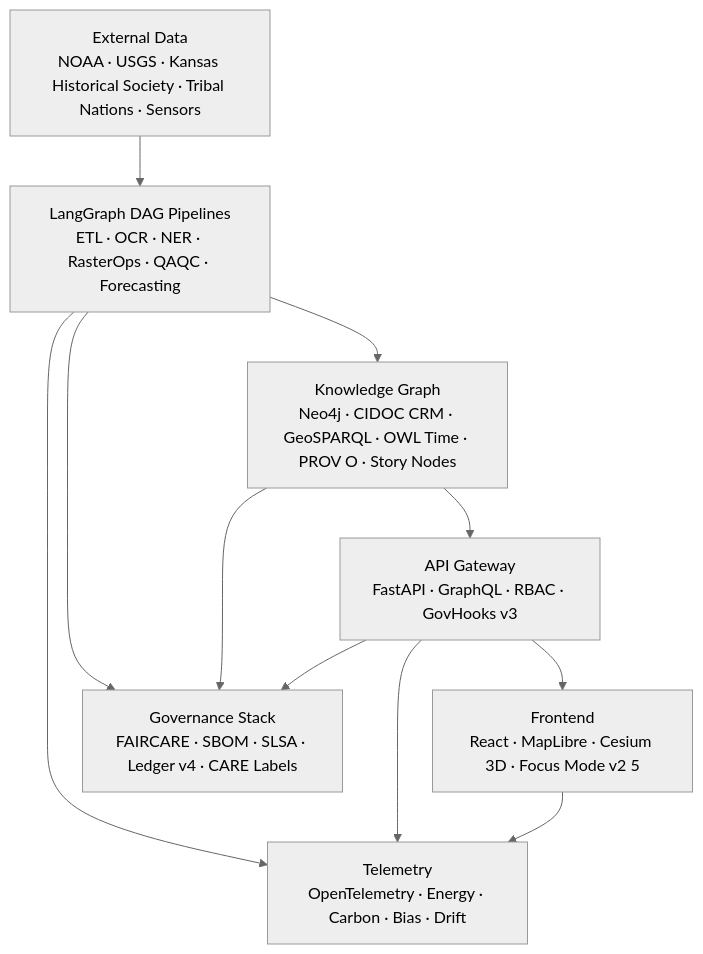
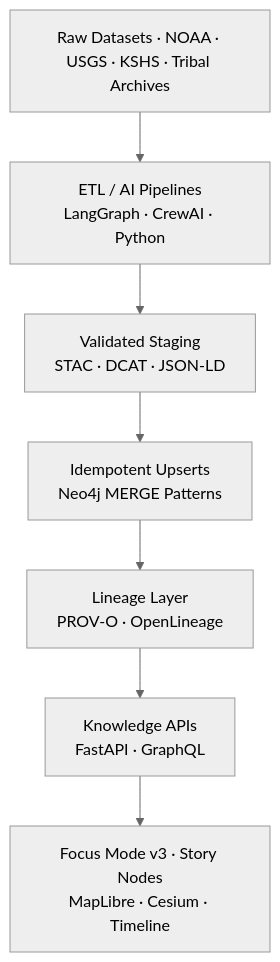
Before and after one commit to bartytime4life/Kansas-Frontier-Matrix: the diagram in ARCHITECTURE.md, drawn with Mermaid (neutral theme). The commit also changed other lines of this file, not shown here.

`````diff
--- a/ARCHITECTURE.md
+++ b/ARCHITECTURE.md
@@ -59,13 +144,9 @@
-```mermaid
-flowchart TD
-    A[External Data<br/>NOAA · USGS · Kansas Historical Society · Tribal Nations · Sensors] --> B[LangGraph DAG Pipelines<br/>ETL · OCR · NER · RasterOps · QAQC · Forecasting]
-    B --> C[Knowledge Graph<br/>Neo4j · CIDOC CRM · GeoSPARQL · OWL Time · PROV O · Story Nodes]
-    C --> D[API Gateway<br/>FastAPI · GraphQL · RBAC · GovHooks v3]
-    D --> E[Frontend<br/>React · MapLibre · Cesium 3D · Focus Mode v2 5]
-    B --> F[Governance Stack<br/>FAIRCARE · SBOM · SLSA · Ledger v4 · CARE Labels]
-    C --> F
-    D --> F
-    B --> G[Telemetry<br/>OpenTelemetry · Energy · Carbon · Bias · Drift]
-    D --> G
-    E --> G
-````
+~~~mermaid
+graph TD
+  A[Raw Datasets · NOAA · USGS · KSHS · Tribal Archives] --> B[ETL / AI Pipelines<br/>LangGraph · CrewAI · Python]
+  B --> C[Validated Staging<br/>STAC · DCAT · JSON-LD]
+  C --> D[Idempotent Upserts<br/>Neo4j MERGE Patterns]
+  D --> E[Lineage Layer<br/>PROV-O · OpenLineage]
+  E --> F[Knowledge APIs<br/>FastAPI · GraphQL]
+  F --> G[Focus Mode v3 · Story Nodes<br/>MapLibre · Cesium · Timeline]
+~~~
`````
